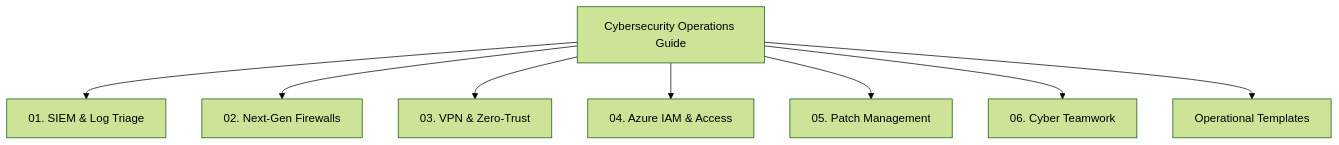
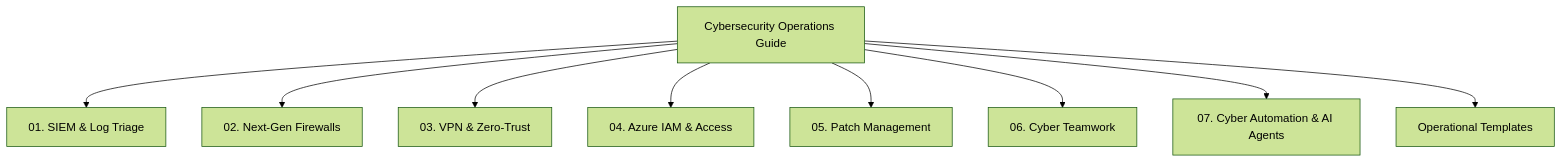
Before and after one commit to h47er/cybersecurity-best-practices: the diagram in README.md, drawn with Mermaid (forest theme). The commit also changed other lines of this file and 1 other file, not shown here.

Commit message:
docs: add module 07 on cybersecurity automation and autonomous AI agents

````diff
--- a/README.md
+++ b/README.md
@@ -16,10 +16,11 @@
 ```mermaid
 graph TD
     A[Cybersecurity Operations Guide] --> B[01. SIEM & Log Triage]
     A --> C[02. Next-Gen Firewalls]
     A --> D[03. VPN & Zero-Trust]
     A --> E[04. Azure IAM & Access]
     A --> F[05. Patch Management]
     A --> G[06. Cyber Teamwork]
-    A --> H[Operational Templates]
+    A --> H[07. Cyber Automation & AI Agents]
+    A --> I[Operational Templates]
 ```
````
